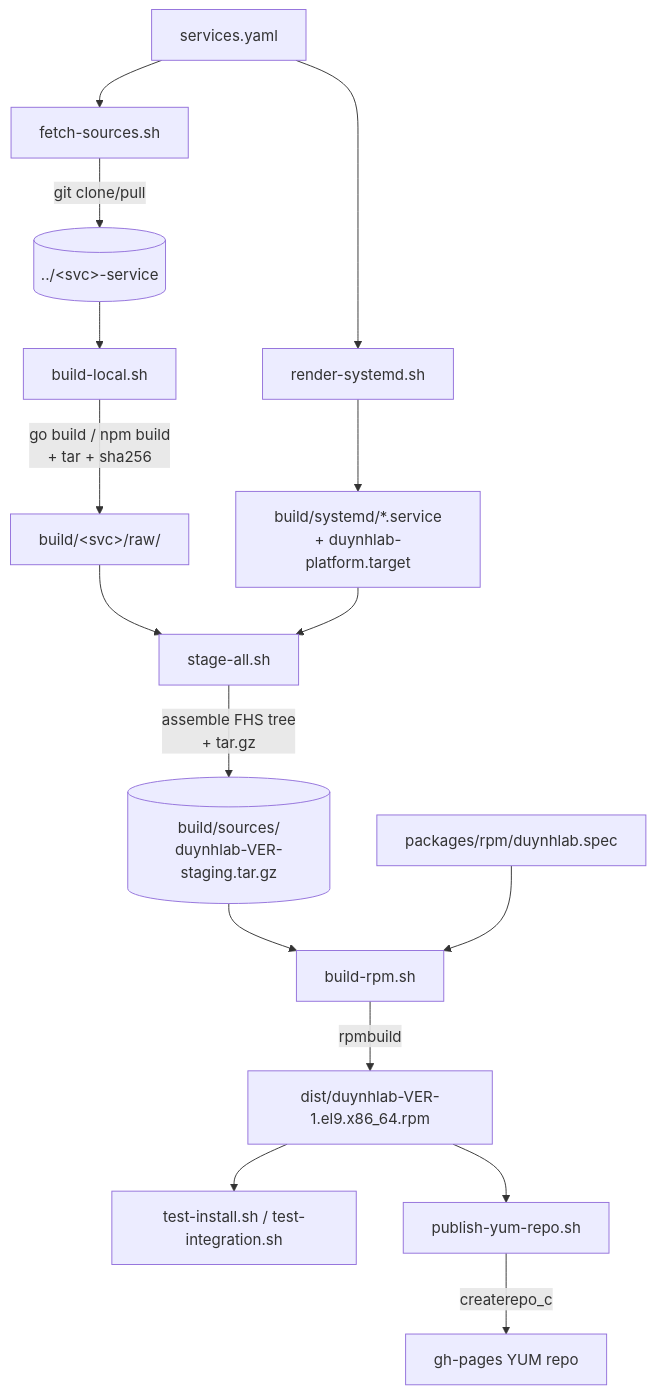
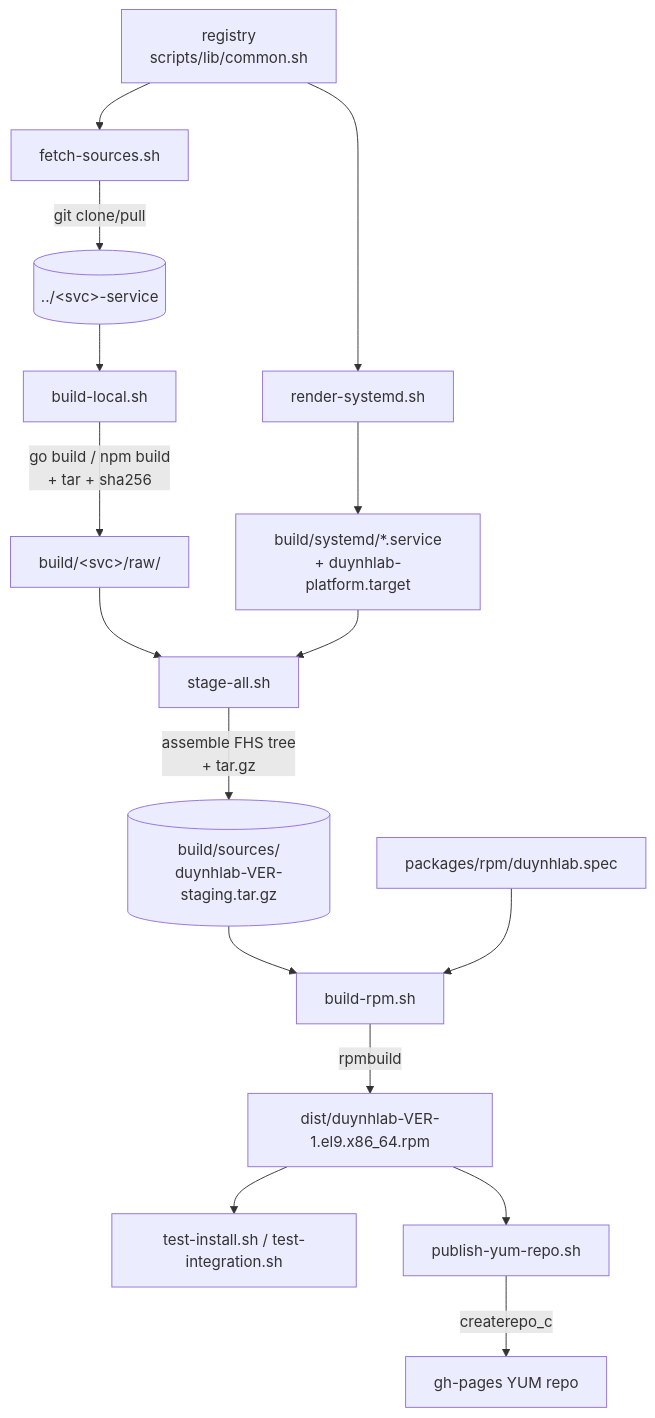
The first of 2 diagrams in docs/004-build.md (duynhlab/packages), drawn with Mermaid before and after one commit. The commit also changed other lines of this file and 30 other files, not shown here.

````diff
--- a/docs/004-build.md
+++ b/docs/004-build.md
@@ -11,18 +12,18 @@
 ```mermaid
 flowchart TD
-  YML[services.yaml] --> FS[fetch-sources.sh]
+  YML[registry<br/>scripts/lib/common.sh] --> FS[fetch-sources.sh]
   FS -->|git clone/pull| SRC[(../&lt;svc&gt;-service)]
   SRC --> BL[build-local.sh]
   BL -->|go build / npm build<br/>+ tar + sha256| RAW[build/&lt;svc&gt;/raw/]
   YML --> RS[render-systemd.sh]
   RS --> UNITS[build/systemd/*.service<br/>+ duynhlab-platform.target]
   RAW --> SA[stage-all.sh]
   UNITS --> SA
   SA -->|assemble FHS tree<br/>+ tar.gz| SRC0[(build/sources/<br/>duynhlab-VER-staging.tar.gz)]
   SRC0 --> BR[build-rpm.sh]
   SPEC[packages/rpm/duynhlab.spec] --> BR
   BR -->|rpmbuild| RPM[dist/duynhlab-VER-1.el9.x86_64.rpm]
   RPM --> SM[test-install.sh / test-integration.sh]
   RPM --> PUB[publish-yum-repo.sh]
   PUB -->|createrepo_c| GH[gh-pages YUM repo]
 ```
````
